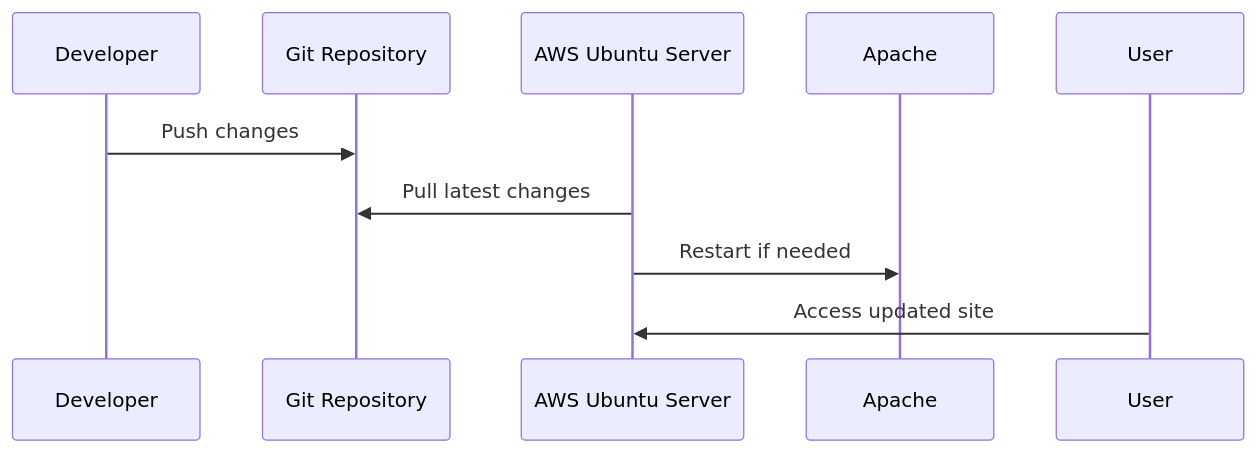
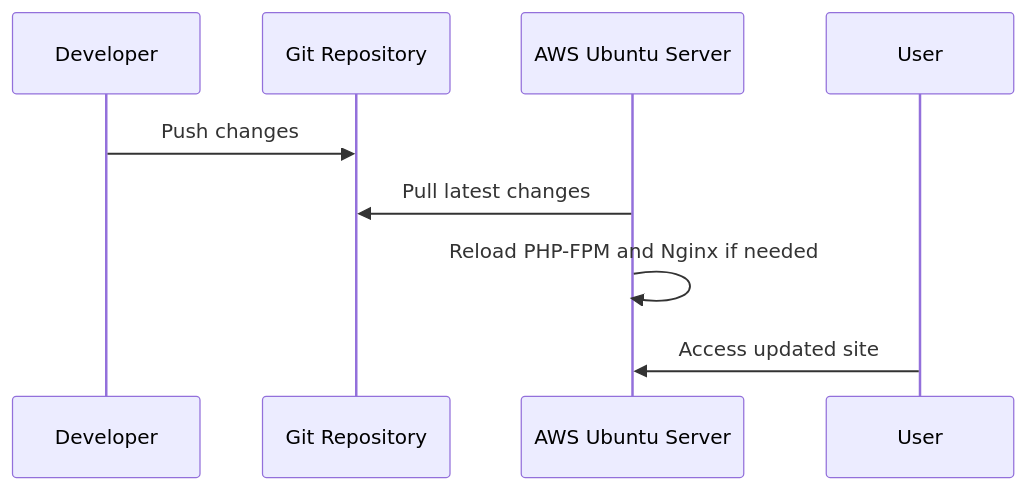
Before and after one commit to smeird/PubObs: the third of 3 diagrams in README.md, drawn with Mermaid. The commit also changed other lines of this file and 5 other files, not shown here.

````diff
--- a/README.md
+++ b/README.md
@@ -134,10 +133,10 @@
 ```mermaid
 sequenceDiagram
     participant Dev as Developer
     participant Git as Git Repository
     participant Server as AWS Ubuntu Server
     Dev->>Git: Push changes
     Server->>Git: Pull latest changes
-    Server->>Apache: Restart if needed
+    Server->>Server: Reload PHP-FPM and Nginx if needed
     User->>Server: Access updated site
 ```
````
